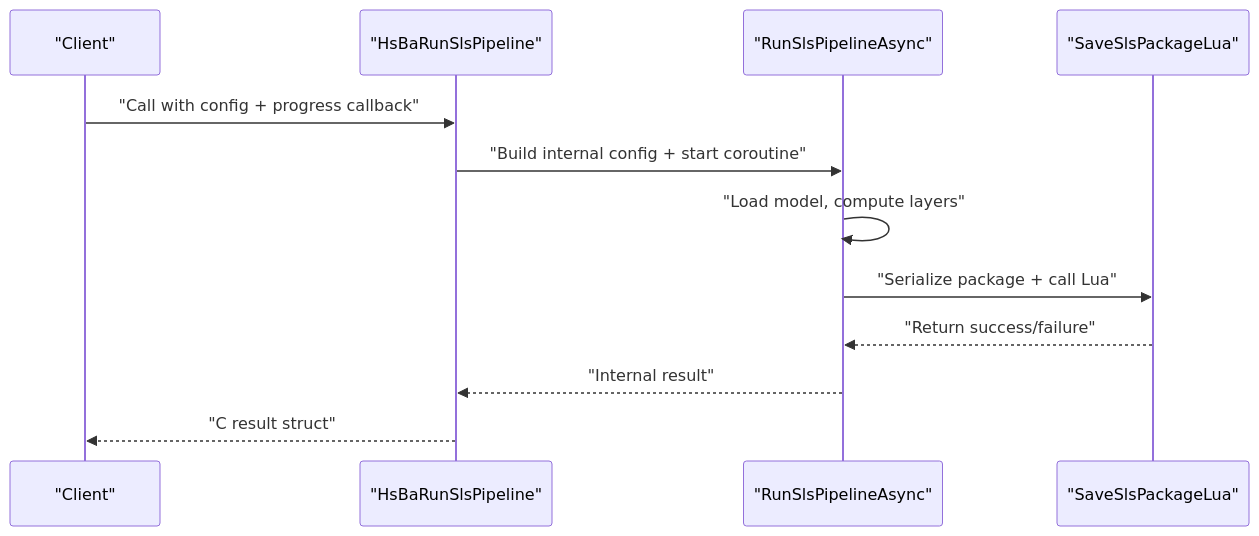
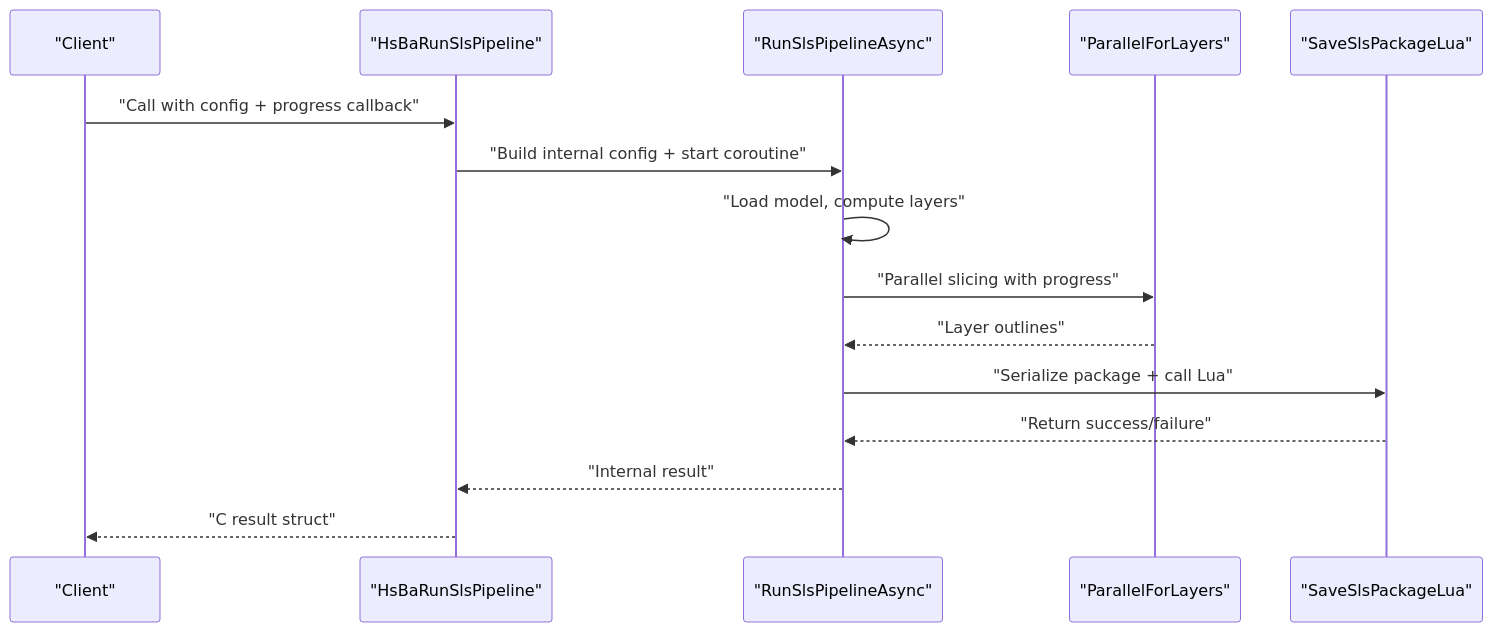
One commit to hsmbanlance/HsBaSlicer changed the fourth of 10 diagrams in .qoder/repowiki/en/content/Core Architecture/SLS Pipeline System.md. Above: the diagram before and after it, drawn with Mermaid. The commit also changed other lines of this file and 20 other files, not shown here.

````diff
--- a/.qoder/repowiki/en/content/Core Architecture/SLS Pipeline System.md
+++ b/.qoder/repowiki/en/content/Core Architecture/SLS Pipeline System.md
@@ -228,14 +265,17 @@
 ```mermaid
 sequenceDiagram
 participant Client as "Client"
 participant API as "HsBaRunSlsPipeline"
 participant Task as "RunSlsPipelineAsync"
+participant Parallel as "ParallelForLayers"
 participant Export as "SaveSlsPackageLua"
 Client->>API : "Call with config + progress callback"
 API->>Task : "Build internal config + start coroutine"
 Task->>Task : "Load model, compute layers"
+Task->>Parallel : "Parallel slicing with progress"
+Parallel-->>Task : "Layer outlines"
 Task->>Export : "Serialize package + call Lua"
 Export-->>Task : "Return success/failure"
 Task-->>API : "Internal result"
 API-->>Client : "C result struct"
 ```
````
